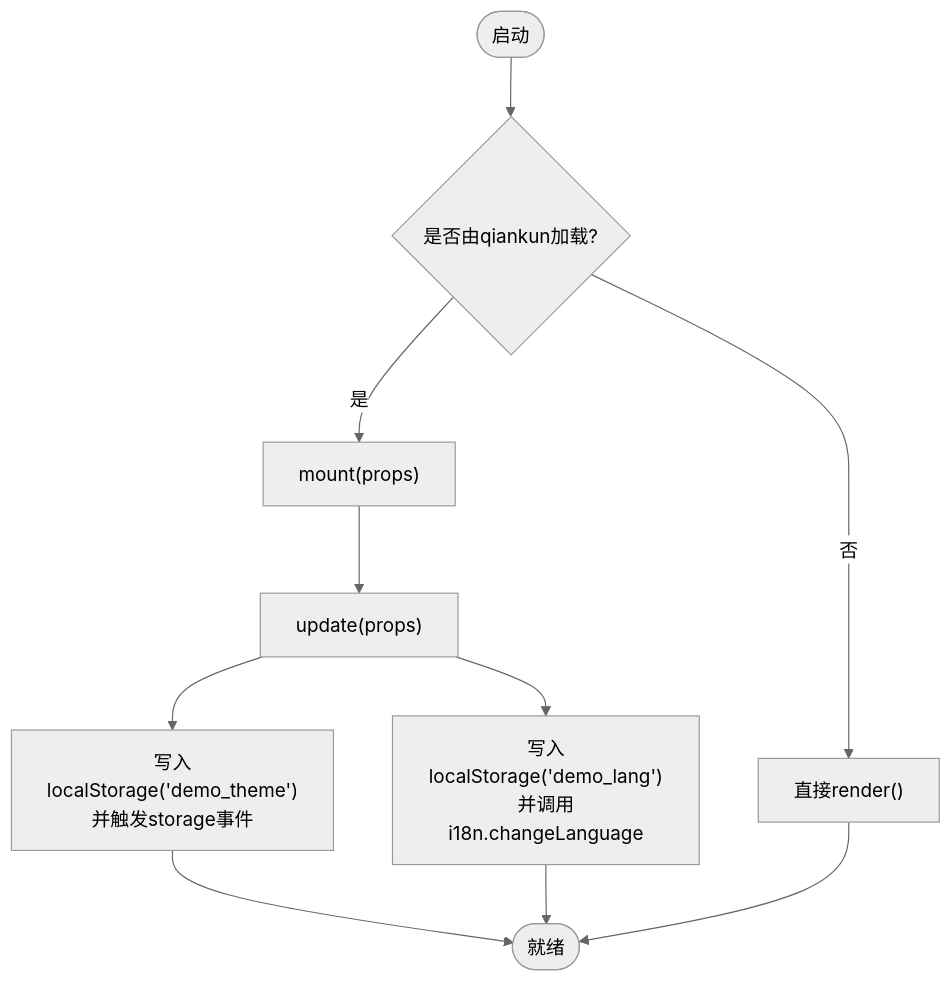
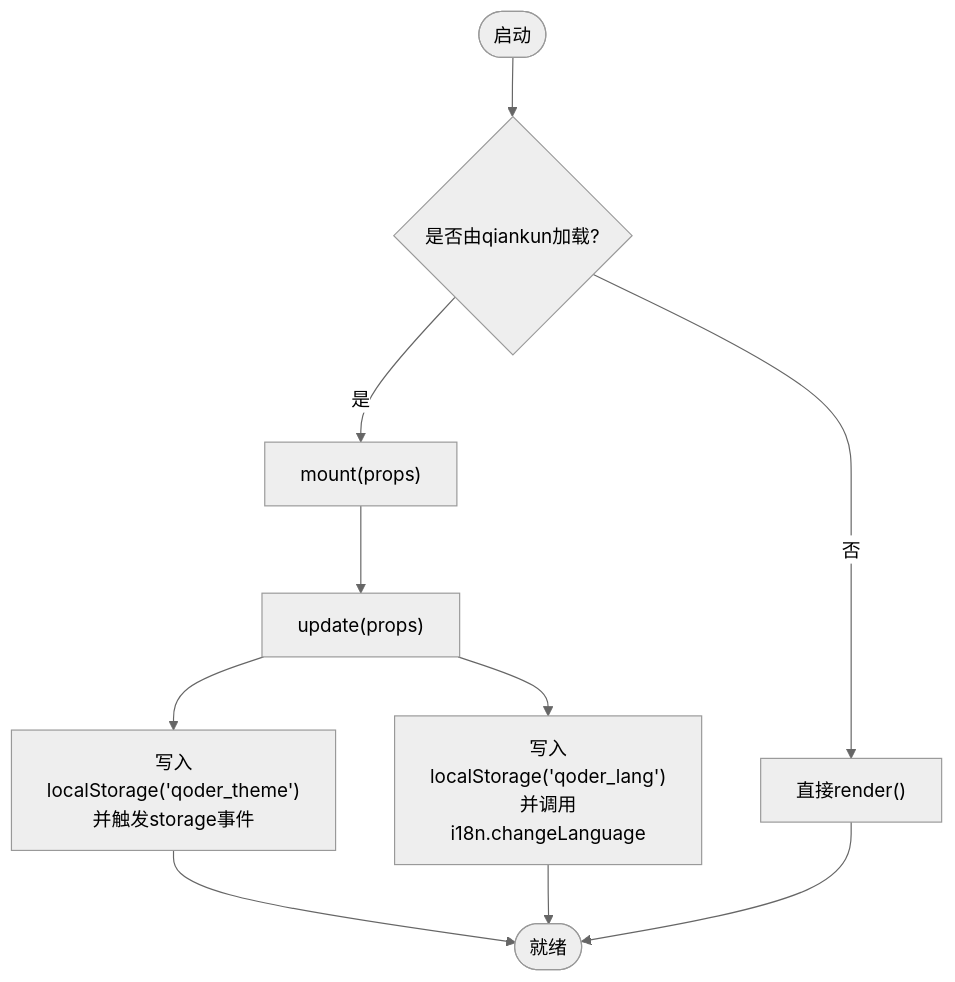
The third of 10 diagrams in .qoder/repowiki/zh/content/前端架构设计/商品子应用(product-app)/商品子应用(product-app).md (haohailiang/qoder-fullstack), drawn with Mermaid (neutral theme) before and after one commit. The commit also changed other lines of this file and 45 other files, not shown here.

````diff
--- a/.qoder/repowiki/zh/content/前端架构设计/商品子应用(product-app)/商品子应用(product-app).md
+++ b/.qoder/repowiki/zh/content/前端架构设计/商品子应用(product-app)/商品子应用(product-app).md
@@ -167,12 +208,12 @@
 ```mermaid
 flowchart TD
 Start(["启动"]) --> CheckQK{"是否由qiankun加载?"}
 CheckQK --> |是| Mount["mount(props)"]
 CheckQK --> |否| RenderDirect["直接render()"]
 Mount --> Update["update(props)"]
-Update --> SyncTheme["写入localStorage('demo_theme')并触发storage事件"]
-Update --> SyncLang["写入localStorage('demo_lang')并调用i18n.changeLanguage"]
+Update --> SyncTheme["写入localStorage('qoder_theme')并触发storage事件"]
+Update --> SyncLang["写入localStorage('qoder_lang')并调用i18n.changeLanguage"]
 SyncTheme --> End(["就绪"])
 SyncLang --> End
 RenderDirect --> End
 ```
````
